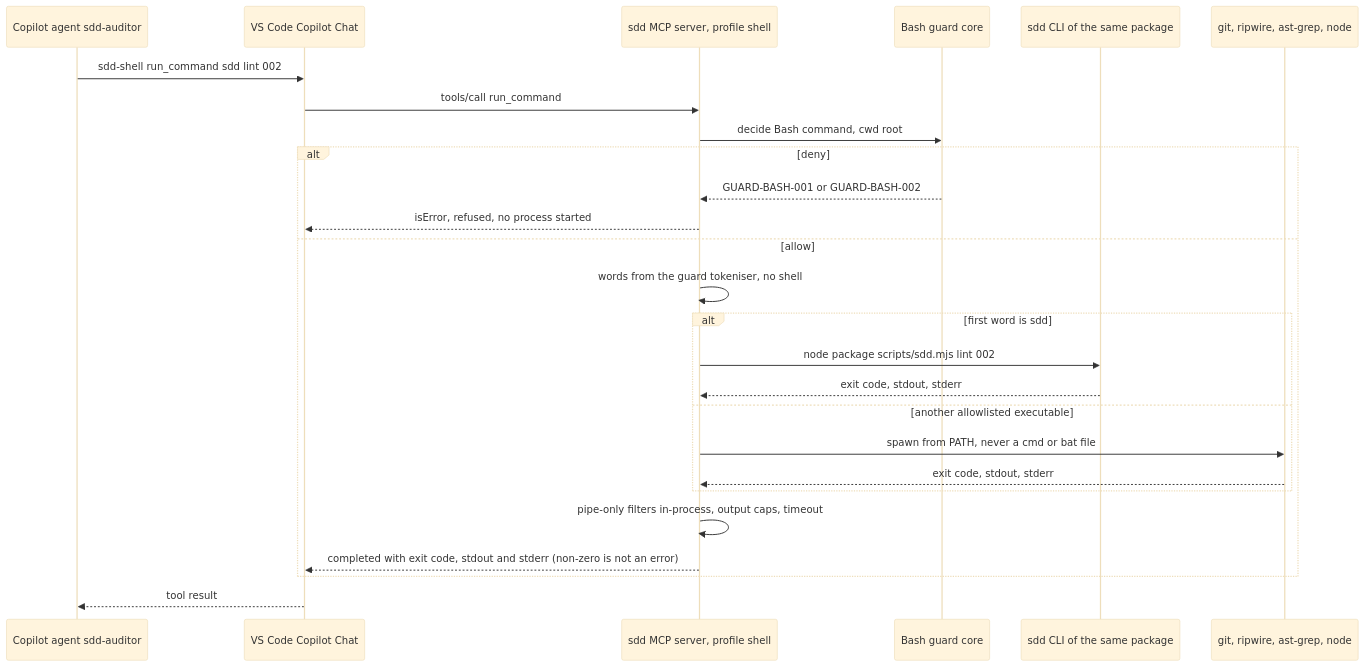
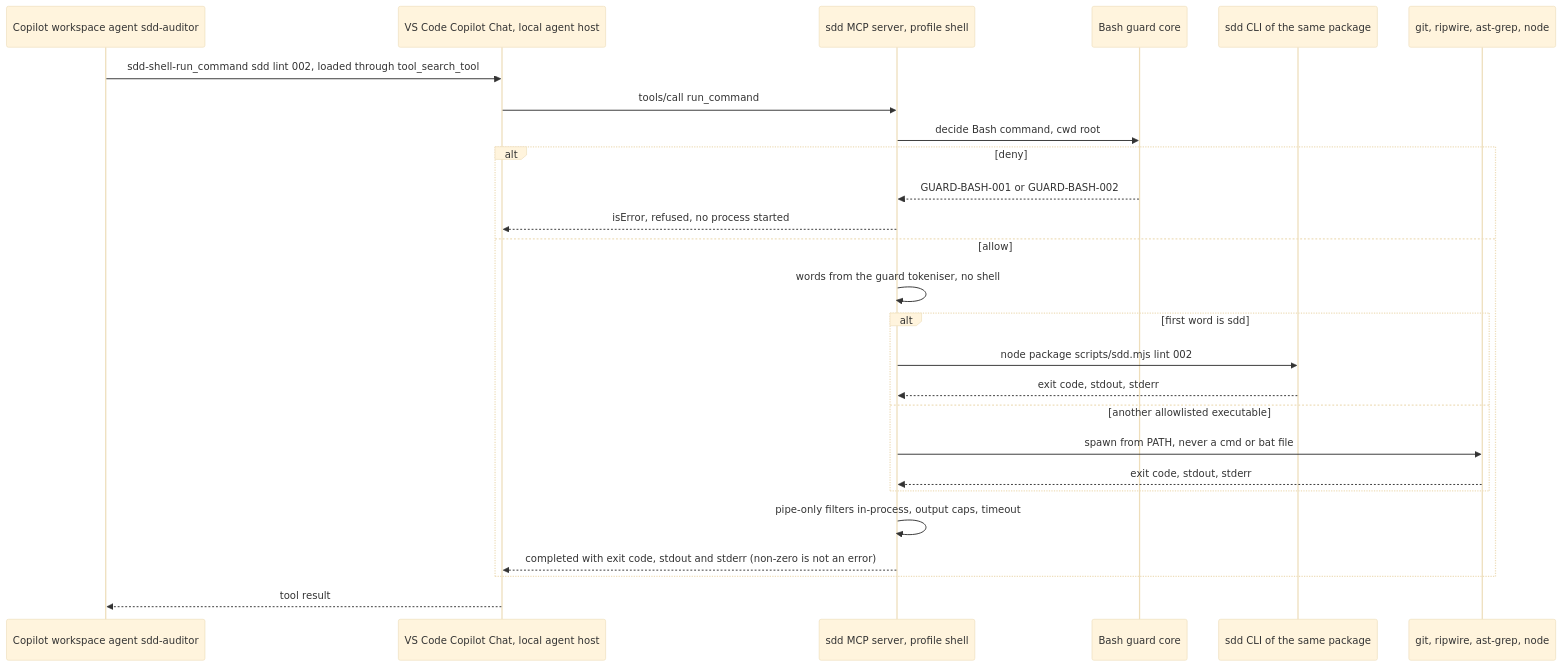
The fifth of 15 diagrams in .sdd/002-multi-platform-targets/10-spec/60-architecture/architecture.md (jlacube/spec-architect), drawn with Mermaid (base theme) before and after one commit. The commit also changed other lines of this file and 15 other files, not shown here.

Commit message:
CHG-002: D-003 revision (architect) — Copilot package layout, sdd install copilot, Copilot guard hook by agent_type, naming, ERR-CLI-021/022, flow F13

````diff
--- a/.sdd/002-multi-platform-targets/10-spec/60-architecture/architecture.md
+++ b/.sdd/002-multi-platform-targets/10-spec/60-architecture/architecture.md
@@ -514,29 +537,29 @@
 ```mermaid
 sequenceDiagram
   %% F4 Copilot command through sdd-shell. Realizes C002-TS-406 C002-TS-407 C002-TS-408 C002-TS-409
-  participant C002_COMP_004 as Copilot agent sdd-auditor
-  participant VSC as VS Code Copilot Chat
+  participant C002_COMP_004 as Copilot workspace agent sdd-auditor
+  participant VSC as VS Code Copilot Chat, local agent host
   participant C002_COMP_005 as sdd MCP server, profile shell
   participant C002_COMP_012 as Bash guard core
   participant C002_COMP_018 as sdd CLI of the same package
   participant EXE as git, ripwire, ast-grep, node
-  C002_COMP_004->>VSC: sdd-shell run_command sdd lint 002
+  C002_COMP_004->>VSC: sdd-shell-run_command sdd lint 002, loaded through tool_search_tool
   VSC->>C002_COMP_005: tools/call run_command
   C002_COMP_005->>C002_COMP_012: decide Bash command, cwd root
   alt deny
     C002_COMP_012-->>C002_COMP_005: GUARD-BASH-001 or GUARD-BASH-002
     C002_COMP_005-->>VSC: isError, refused, no process started
   else allow
     C002_COMP_005->>C002_COMP_005: words from the guard tokeniser, no shell
     alt first word is sdd
       C002_COMP_005->>C002_COMP_018: node package scripts/sdd.mjs lint 002
       C002_COMP_018-->>C002_COMP_005: exit code, stdout, stderr
     else another allowlisted executable
       C002_COMP_005->>EXE: spawn from PATH, never a cmd or bat file
       EXE-->>C002_COMP_005: exit code, stdout, stderr
     end
     C002_COMP_005->>C002_COMP_005: pipe-only filters in-process, output caps, timeout
     C002_COMP_005-->>VSC: completed with exit code, stdout and stderr (non-zero is not an error)
   end
   VSC-->>C002_COMP_004: tool result
 ```
````
